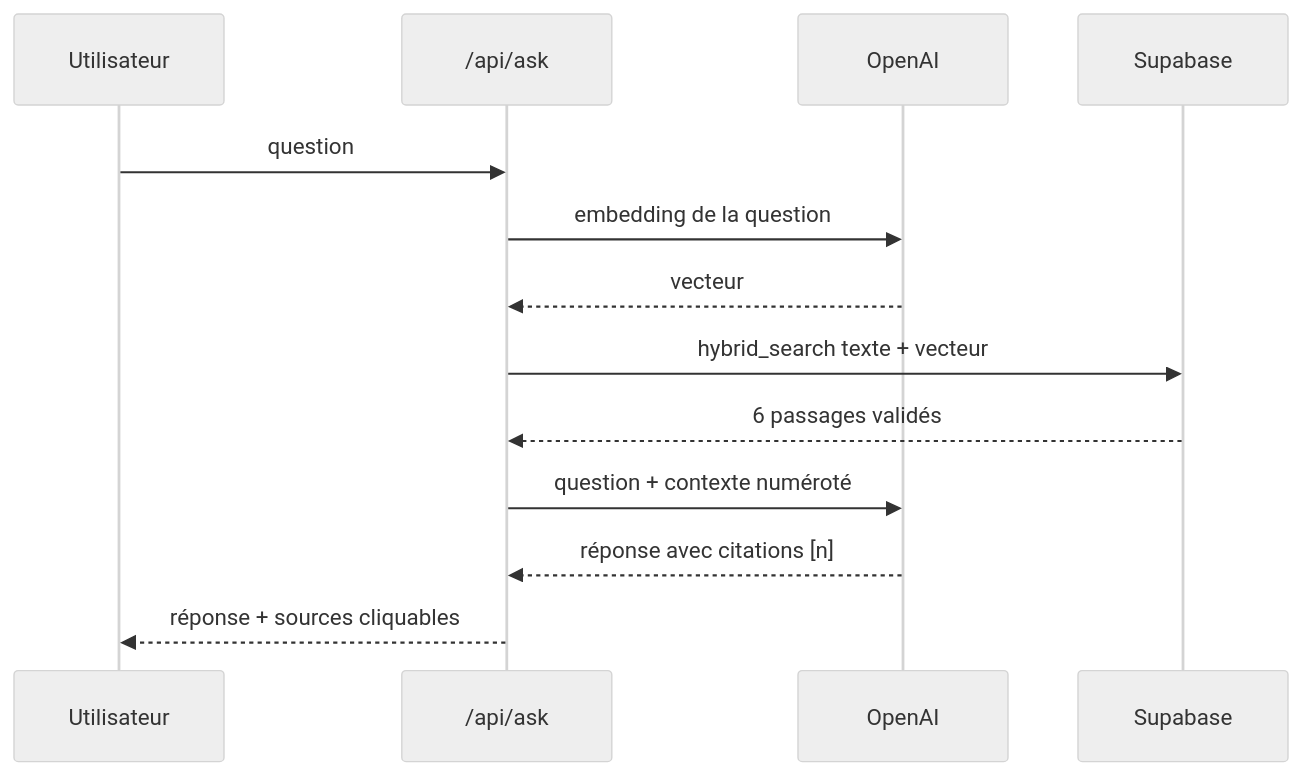
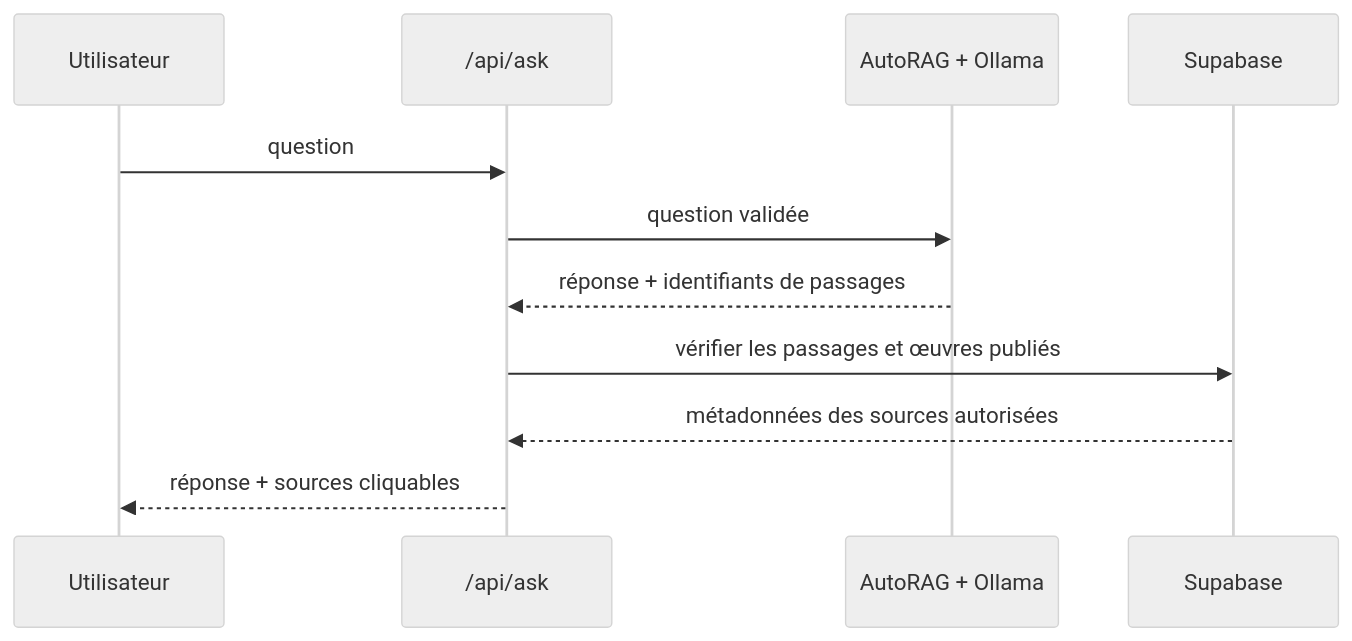
Before and after one commit to MouridLab/xassida-search: the fourth of 5 diagrams in docs/WORKFLOWS.md, drawn with Mermaid (neutral theme). The commit also changed other lines of this file and 7 other files, not shown here.

Commit message:
docs(rag): document and test local AutoRAG workflow

````diff
--- a/docs/WORKFLOWS.md
+++ b/docs/WORKFLOWS.md
@@ -84,15 +84,13 @@
 ```mermaid
 sequenceDiagram
     participant U as Utilisateur
     participant API as /api/ask
-    participant O as OpenAI
+    participant R as AutoRAG + Ollama
     participant DB as Supabase
     U->>API: question
-    API->>O: embedding de la question
-    O-->>API: vecteur
-    API->>DB: hybrid_search texte + vecteur
-    DB-->>API: 6 passages validés
-    API->>O: question + contexte numéroté
-    O-->>API: réponse avec citations [n]
+    API->>R: question validée
+    R-->>API: réponse + identifiants de passages
+    API->>DB: vérifier les passages et œuvres publiés
+    DB-->>API: métadonnées des sources autorisées
     API-->>U: réponse + sources cliquables
 ```
````
